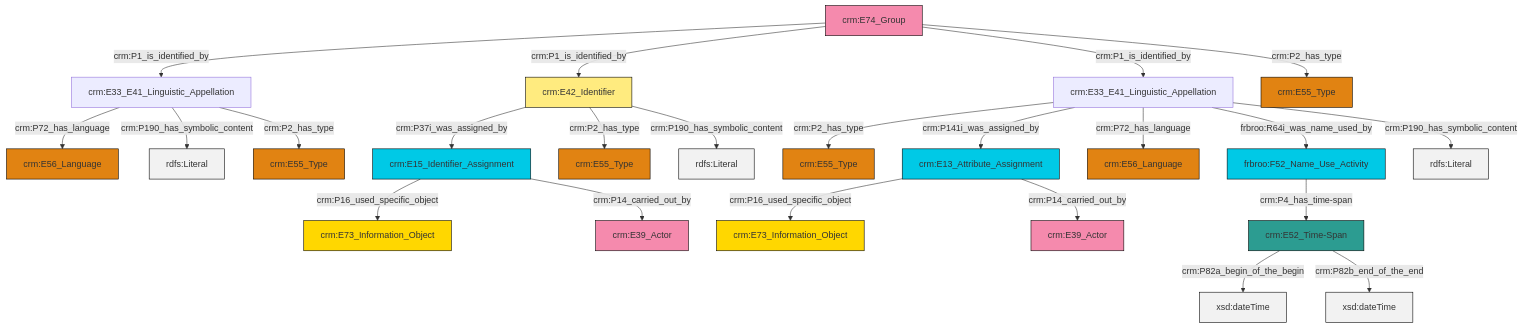
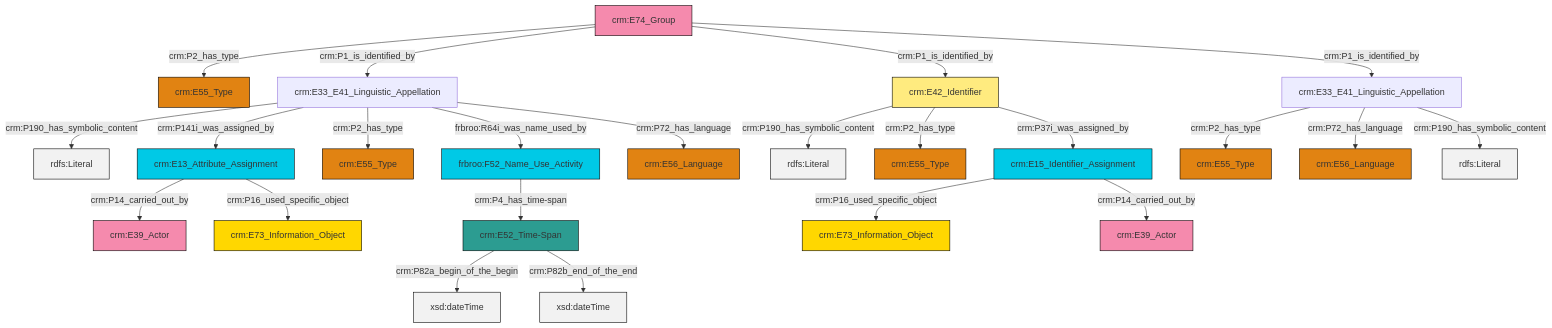
The diagram in et/groupCSV/ttl/mmd/group_name.ttl.mmd (swiss-art-research-net/docs.swissartresearch), drawn with Mermaid before and after one commit. The commit also changed 172 other files, not shown here.

```diff
--- a/et/groupCSV/ttl/mmd/group_name.ttl.mmd
+++ b/et/groupCSV/ttl/mmd/group_name.ttl.mmd
@@ -1,37 +1,37 @@
 graph TD
 classDef Literal fill:#f2f2f2,stroke:#000000;
 classDef CRM_Entity fill:#FFFFFF,stroke:#000000;
 classDef Temporal_Entity fill:#00C9E6, stroke:#000000;
 classDef Type fill:#E18312, stroke:#000000;
 classDef Time-Span fill:#2C9C91, stroke:#000000;
 classDef Appellation fill:#FFEB7F, stroke:#000000;
 classDef Place fill:#008836, stroke:#000000;
 classDef Persistent_Item fill:#B266B2, stroke:#000000;
 classDef Conceptual_Object fill:#FFD700, stroke:#000000;
 classDef Physical_Thing fill:#D2B48C, stroke:#000000;
 classDef Actor fill:#f58aad, stroke:#000000;
 classDef PC_Classes fill:#4ce600, stroke:#000000;
 classDef Multi fill:#cccccc,stroke:#000000;
 
-0["crm:E74_Group"]:::Actor -->|crm:P1_is_identified_by| 1["crm:E33_E41_Linguistic_Appellation"]:::Default
-6["crm:E13_Attribute_Assignment"]:::Temporal_Entity -->|crm:P16_used_specific_object| 2["crm:E73_Information_Object"]:::Conceptual_Object
+0["crm:E33_E41_Linguistic_Appellation"]:::Default -->|crm:P190_has_symbolic_content| 1[rdfs:Literal]:::Literal
+4["crm:E52_Time-Span"]:::Time-Span -->|crm:P82a_begin_of_the_begin| 5[xsd:dateTime]:::Literal
+2["crm:E42_Identifier"]:::Appellation -->|crm:P190_has_symbolic_content| 6[rdfs:Literal]:::Literal
 7["crm:E33_E41_Linguistic_Appellation"]:::Default -->|crm:P2_has_type| 8["crm:E55_Type"]:::Type
-7["crm:E33_E41_Linguistic_Appellation"]:::Default -->|crm:P141i_was_assigned_by| 6["crm:E13_Attribute_Assignment"]:::Temporal_Entity
-17["crm:E52_Time-Span"]:::Time-Span -->|crm:P82a_begin_of_the_begin| 18[xsd:dateTime]:::Literal
-19["frbroo:F52_Name_Use_Activity"]:::Temporal_Entity -->|crm:P4_has_time-span| 17["crm:E52_Time-Span"]:::Time-Span
-1["crm:E33_E41_Linguistic_Appellation"]:::Default -->|crm:P72_has_language| 20["crm:E56_Language"]:::Type
-7["crm:E33_E41_Linguistic_Appellation"]:::Default -->|crm:P72_has_language| 9["crm:E56_Language"]:::Type
-25["crm:E42_Identifier"]:::Appellation -->|crm:P37i_was_assigned_by| 26["crm:E15_Identifier_Assignment"]:::Temporal_Entity
-25["crm:E42_Identifier"]:::Appellation -->|crm:P2_has_type| 13["crm:E55_Type"]:::Type
-1["crm:E33_E41_Linguistic_Appellation"]:::Default -->|crm:P190_has_symbolic_content| 30[rdfs:Literal]:::Literal
-7["crm:E33_E41_Linguistic_Appellation"]:::Default -->|frbroo:R64i_was_name_used_by| 19["frbroo:F52_Name_Use_Activity"]:::Temporal_Entity
-0["crm:E74_Group"]:::Actor -->|crm:P1_is_identified_by| 25["crm:E42_Identifier"]:::Appellation
-0["crm:E74_Group"]:::Actor -->|crm:P1_is_identified_by| 7["crm:E33_E41_Linguistic_Appellation"]:::Default
-25["crm:E42_Identifier"]:::Appellation -->|crm:P190_has_symbolic_content| 33[rdfs:Literal]:::Literal
-26["crm:E15_Identifier_Assignment"]:::Temporal_Entity -->|crm:P16_used_specific_object| 22["crm:E73_Information_Object"]:::Conceptual_Object
-1["crm:E33_E41_Linguistic_Appellation"]:::Default -->|crm:P2_has_type| 15["crm:E55_Type"]:::Type
-7["crm:E33_E41_Linguistic_Appellation"]:::Default -->|crm:P190_has_symbolic_content| 36[rdfs:Literal]:::Literal
-6["crm:E13_Attribute_Assignment"]:::Temporal_Entity -->|crm:P14_carried_out_by| 4["crm:E39_Actor"]:::Actor
-0["crm:E74_Group"]:::Actor -->|crm:P2_has_type| 11["crm:E55_Type"]:::Type
-26["crm:E15_Identifier_Assignment"]:::Temporal_Entity -->|crm:P14_carried_out_by| 38["crm:E39_Actor"]:::Actor
-17["crm:E52_Time-Span"]:::Time-Span -->|crm:P82b_end_of_the_end| 40[xsd:dateTime]:::Literal
+9["crm:E15_Identifier_Assignment"]:::Temporal_Entity -->|crm:P16_used_specific_object| 10["crm:E73_Information_Object"]:::Conceptual_Object
+2["crm:E42_Identifier"]:::Appellation -->|crm:P2_has_type| 11["crm:E55_Type"]:::Type
+19["crm:E74_Group"]:::Actor -->|crm:P2_has_type| 20["crm:E55_Type"]:::Type
+21["crm:E13_Attribute_Assignment"]:::Temporal_Entity -->|crm:P14_carried_out_by| 22["crm:E39_Actor"]:::Actor
+19["crm:E74_Group"]:::Actor -->|crm:P1_is_identified_by| 0["crm:E33_E41_Linguistic_Appellation"]:::Default
+7["crm:E33_E41_Linguistic_Appellation"]:::Default -->|crm:P72_has_language| 25["crm:E56_Language"]:::Type
+4["crm:E52_Time-Span"]:::Time-Span -->|crm:P82b_end_of_the_end| 28[xsd:dateTime]:::Literal
+2["crm:E42_Identifier"]:::Appellation -->|crm:P37i_was_assigned_by| 9["crm:E15_Identifier_Assignment"]:::Temporal_Entity
+7["crm:E33_E41_Linguistic_Appellation"]:::Default -->|crm:P190_has_symbolic_content| 29[rdfs:Literal]:::Literal
+31["frbroo:F52_Name_Use_Activity"]:::Temporal_Entity -->|crm:P4_has_time-span| 4["crm:E52_Time-Span"]:::Time-Span
+0["crm:E33_E41_Linguistic_Appellation"]:::Default -->|crm:P141i_was_assigned_by| 21["crm:E13_Attribute_Assignment"]:::Temporal_Entity
+21["crm:E13_Attribute_Assignment"]:::Temporal_Entity -->|crm:P16_used_specific_object| 36["crm:E73_Information_Object"]:::Conceptual_Object
+19["crm:E74_Group"]:::Actor -->|crm:P1_is_identified_by| 2["crm:E42_Identifier"]:::Appellation
+0["crm:E33_E41_Linguistic_Appellation"]:::Default -->|crm:P2_has_type| 12["crm:E55_Type"]:::Type
+0["crm:E33_E41_Linguistic_Appellation"]:::Default -->|frbroo:R64i_was_name_used_by| 31["frbroo:F52_Name_Use_Activity"]:::Temporal_Entity
+19["crm:E74_Group"]:::Actor -->|crm:P1_is_identified_by| 7["crm:E33_E41_Linguistic_Appellation"]:::Default
+9["crm:E15_Identifier_Assignment"]:::Temporal_Entity -->|crm:P14_carried_out_by| 33["crm:E39_Actor"]:::Actor
+0["crm:E33_E41_Linguistic_Appellation"]:::Default -->|crm:P72_has_language| 17["crm:E56_Language"]:::Type
```
